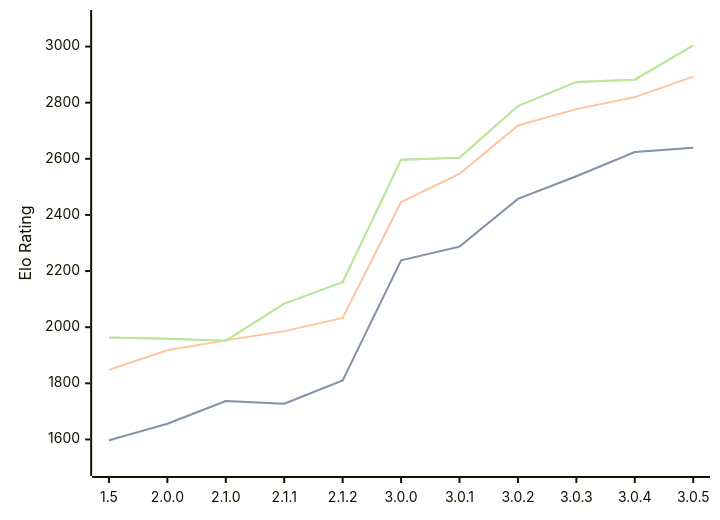
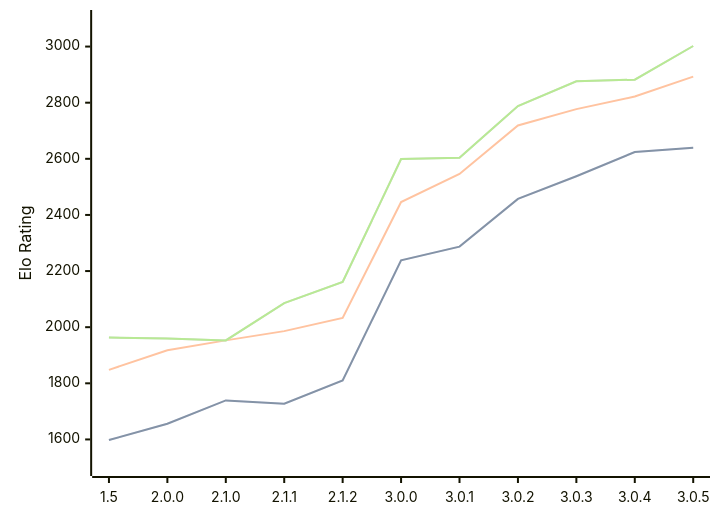
One commit to computer-chess-index/cci changed the diagram in engines/Rudim.md. Above: the diagram before and after it, drawn with Mermaid. The commit also changed other lines of this file, not shown here.

Commit message:
Update CCI Ratings (ELO VLTC) - 2026-09-16

````diff
--- a/engines/Rudim.md
+++ b/engines/Rudim.md
@@ -45,11 +45,11 @@
 ```mermaid
 %%{init: {"theme":"base","themeVariables":{"seriesColors:['#a3a3a3','#222221','#faa371']}}}%%
 xychart-beta
   x-axis ["1.5", "2.0.0", "2.1.0", "2.1.1", "2.1.2", "3.0.0", "3.0.1", "3.0.2", "3.0.3", "3.0.4", "3.0.5"]
   y-axis "Elo Rating" 1500 --> 3100
-  line "" [1597, 1656, 1737, 1727, 1810, 2238, 2287, 2457, 2538, 2624, 2639]
-  line "STC (8.0+0.08s)" [1597, 1656, 1737, 1727, 1810, 2238, 2287, 2457, 2538, 2624, 2639]
-  line "LTC (60.0+0.60s)" [1848, 1918, 1953, 1986, 2033, 2446, 2546, 2719, 2777, 2820, 2893]
-  line "" [1963, 1959, 1952, 2084, 2160, 2597, 2604, 2788, 2874, 2882, 3004]
-  line "VLTC (2m24s+1.12s)" [1963, 1959, 1952, 2084, 2160, 2597, 2604, 2788, 2874, 2882, 3004]
+  line "" [1598, 1656, 1739, 1727, 1810, 2238, 2287, 2457, 2538, 2624, 2639]
+  line "STC (8.0+0.08s)" [1598, 1656, 1739, 1727, 1810, 2238, 2287, 2457, 2538, 2624, 2639]
+  line "LTC (60.0+0.60s)" [1848, 1918, 1953, 1986, 2033, 2446, 2546, 2719, 2777, 2822, 2893]
+  line "" [1963, 1960, 1953, 2086, 2161, 2599, 2604, 2788, 2876, 2882, 3002]
+  line "VLTC (2m24s+1.12s)" [1963, 1960, 1953, 2086, 2161, 2599, 2604, 2788, 2876, 2882, 3002]
 ```
````
